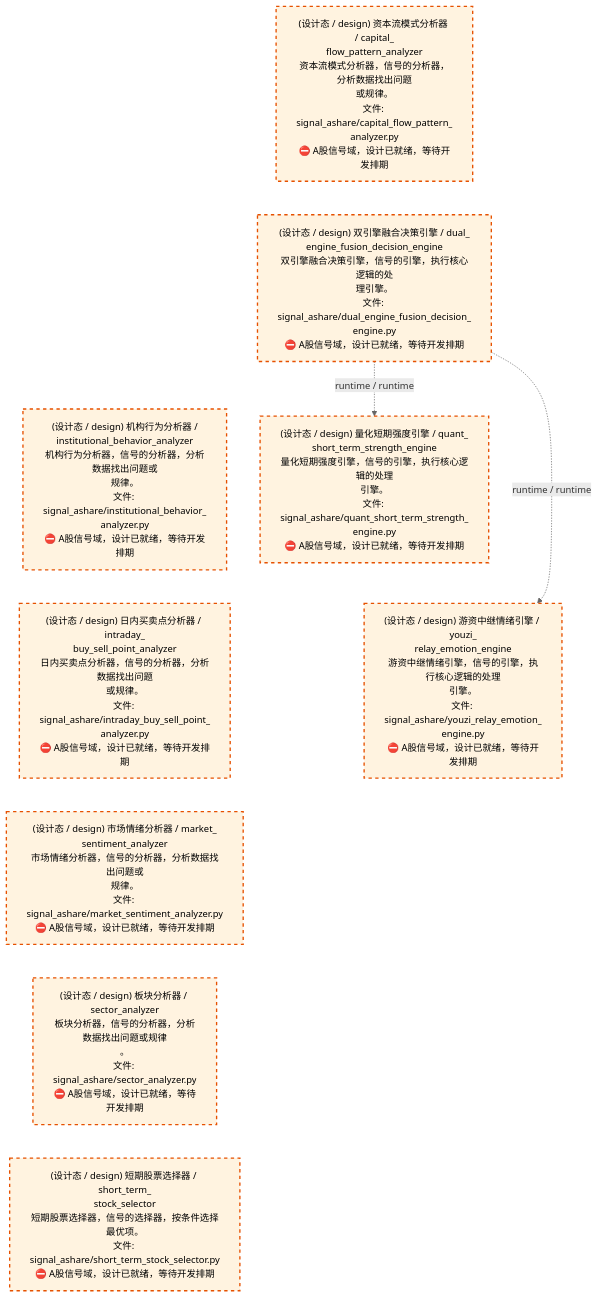
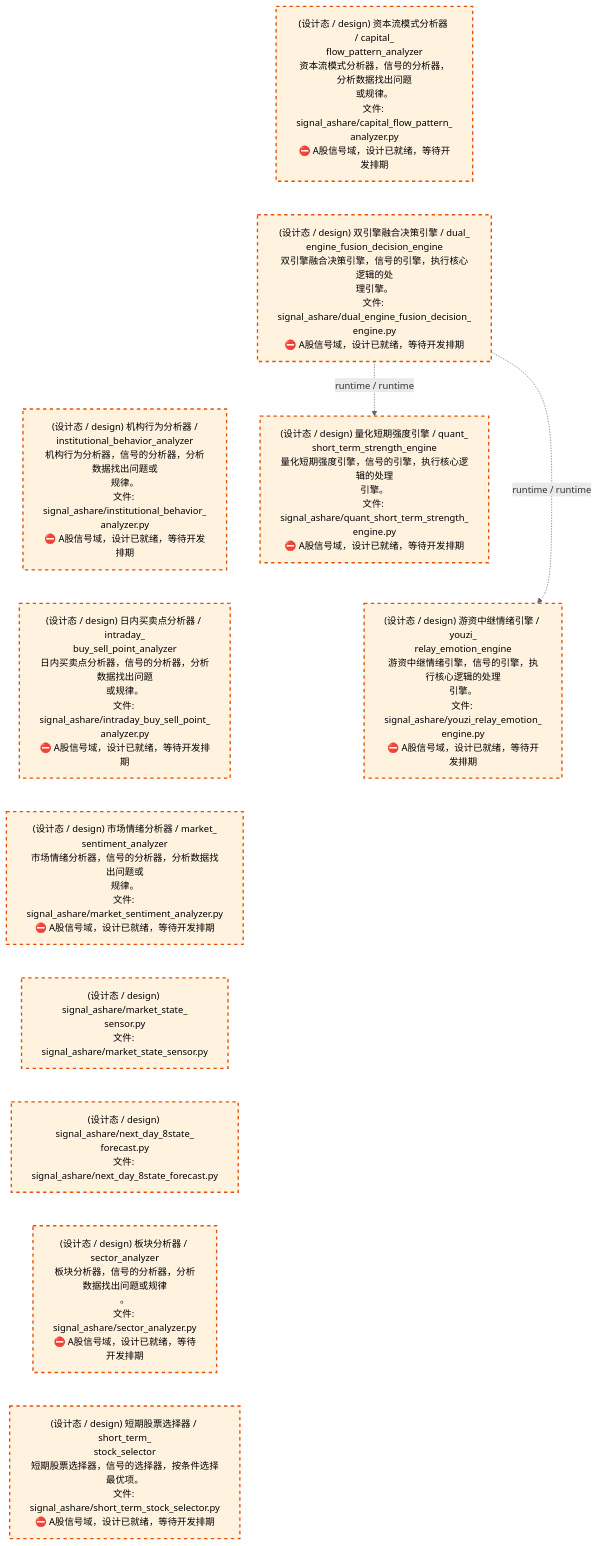
Before and after one commit to xuanFelixVan/ZephyrAlpha: the third of 4 diagrams in docs/02_enterprise_architecture/02_domain_architecture_docs/32_d_ashare_signal.md, drawn with Mermaid. The commit also changed other lines of this file and 8 other files, not shown here.

````diff
--- a/docs/02_enterprise_architecture/02_domain_architecture_docs/32_d_ashare_signal.md
+++ b/docs/02_enterprise_architecture/02_domain_architecture_docs/32_d_ashare_signal.md
@@ -130,27 +134,31 @@
 ```mermaid
 %%{init: {'theme': 'base', 'themeVariables': {'primaryColor': '#eaeaea', 'primaryTextColor': '#333333', 'primaryBorderColor': '#666666', 'lineColor': '#666666', 'secondaryColor': '#eaeaea', 'tertiaryColor': '#eaeaea', 'fontSize': '14px'}}}%%
 flowchart TD
     src_zephyr_signal_ashare_capital_flow_pattern_analyzer_py["(设计态 / design) 资本流模式分析器 / capital_<br/>flow_pattern_analyzer<br/>资本流模式分析器，信号的分析器，分析数据找出问题<br/>或规律。<br/>文件: signal_ashare/capital_flow_pattern_<br/>analyzer.py<br/>⛔ A股信号域，设计已就绪，等待开发排期"]
     src_zephyr_signal_ashare_dual_engine_fusion_decision_engine_py["(设计态 / design) 双引擎融合决策引擎 / dual_<br/>engine_fusion_decision_engine<br/>双引擎融合决策引擎，信号的引擎，执行核心逻辑的处<br/>理引擎。<br/>文件: signal_ashare/dual_engine_fusion_decision_<br/>engine.py<br/>⛔ A股信号域，设计已就绪，等待开发排期"]
     src_zephyr_signal_ashare_institutional_behavior_analyzer_py["(设计态 / design) 机构行为分析器 /<br/>institutional_behavior_analyzer<br/>机构行为分析器，信号的分析器，分析数据找出问题或<br/>规律。<br/>文件: signal_ashare/institutional_behavior_<br/>analyzer.py<br/>⛔ A股信号域，设计已就绪，等待开发排期"]
     src_zephyr_signal_ashare_intraday_buy_sell_point_analyzer_py["(设计态 / design) 日内买卖点分析器 / intraday_<br/>buy_sell_point_analyzer<br/>日内买卖点分析器，信号的分析器，分析数据找出问题<br/>或规律。<br/>文件: signal_ashare/intraday_buy_sell_point_<br/>analyzer.py<br/>⛔ A股信号域，设计已就绪，等待开发排期"]
     src_zephyr_signal_ashare_market_sentiment_analyzer_py["(设计态 / design) 市场情绪分析器 / market_<br/>sentiment_analyzer<br/>市场情绪分析器，信号的分析器，分析数据找出问题或<br/>规律。<br/>文件: signal_ashare/market_sentiment_analyzer.py<br/>⛔ A股信号域，设计已就绪，等待开发排期"]
+    src_zephyr_signal_ashare_market_state_sensor_py["(设计态 / design) signal_ashare/market_state_<br/>sensor.py<br/>文件: signal_ashare/market_state_sensor.py"]
+    src_zephyr_signal_ashare_next_day_8state_forecast_py["(设计态 / design) signal_ashare/next_day_8state_<br/>forecast.py<br/>文件: signal_ashare/next_day_8state_forecast.py"]
     src_zephyr_signal_ashare_sector_analyzer_py["(设计态 / design) 板块分析器 / sector_analyzer<br/>板块分析器，信号的分析器，分析数据找出问题或规律<br/>。<br/>文件: signal_ashare/sector_analyzer.py<br/>⛔ A股信号域，设计已就绪，等待开发排期"]
     src_zephyr_signal_ashare_short_term_stock_selector_py["(设计态 / design) 短期股票选择器 / short_term_<br/>stock_selector<br/>短期股票选择器，信号的选择器，按条件选择最优项。<br/>文件: signal_ashare/short_term_stock_selector.py<br/>⛔ A股信号域，设计已就绪，等待开发排期"]
     src_zephyr_signal_ashare_capital_flow_pattern_analyzer_py ~~~ src_zephyr_signal_ashare_dual_engine_fusion_decision_engine_py
     src_zephyr_signal_ashare_dual_engine_fusion_decision_engine_py ~~~ src_zephyr_signal_ashare_institutional_behavior_analyzer_py
     src_zephyr_signal_ashare_institutional_behavior_analyzer_py ~~~ src_zephyr_signal_ashare_intraday_buy_sell_point_analyzer_py
     src_zephyr_signal_ashare_intraday_buy_sell_point_analyzer_py ~~~ src_zephyr_signal_ashare_market_sentiment_analyzer_py
-    src_zephyr_signal_ashare_market_sentiment_analyzer_py ~~~ src_zephyr_signal_ashare_sector_analyzer_py
+    src_zephyr_signal_ashare_market_sentiment_analyzer_py ~~~ src_zephyr_signal_ashare_market_state_sensor_py
+    src_zephyr_signal_ashare_market_state_sensor_py ~~~ src_zephyr_signal_ashare_next_day_8state_forecast_py
+    src_zephyr_signal_ashare_next_day_8state_forecast_py ~~~ src_zephyr_signal_ashare_sector_analyzer_py
     src_zephyr_signal_ashare_sector_analyzer_py ~~~ src_zephyr_signal_ashare_short_term_stock_selector_py
     src_zephyr_signal_ashare_quant_short_term_strength_engine_py["(设计态 / design) 量化短期强度引擎 / quant_<br/>short_term_strength_engine<br/>量化短期强度引擎，信号的引擎，执行核心逻辑的处理<br/>引擎。<br/>文件: signal_ashare/quant_short_term_strength_<br/>engine.py<br/>⛔ A股信号域，设计已就绪，等待开发排期"]
     src_zephyr_signal_ashare_youzi_relay_emotion_engine_py["(设计态 / design) 游资中继情绪引擎 / youzi_<br/>relay_emotion_engine<br/>游资中继情绪引擎，信号的引擎，执行核心逻辑的处理<br/>引擎。<br/>文件: signal_ashare/youzi_relay_emotion_<br/>engine.py<br/>⛔ A股信号域，设计已就绪，等待开发排期"]
     src_zephyr_signal_ashare_quant_short_term_strength_engine_py ~~~ src_zephyr_signal_ashare_youzi_relay_emotion_engine_py
     src_zephyr_signal_ashare_dual_engine_fusion_decision_engine_py -.->|runtime / runtime| src_zephyr_signal_ashare_youzi_relay_emotion_engine_py
     src_zephyr_signal_ashare_dual_engine_fusion_decision_engine_py -.->|runtime / runtime| src_zephyr_signal_ashare_quant_short_term_strength_engine_py
     classDef production fill:#e1f5fe,stroke:#01579b,stroke-width:2px,color:#000
     classDef design fill:#fff3e0,stroke:#e65100,stroke-width:2px,color:#000,stroke-dasharray: 5 5
     classDef external_prod fill:#e8f4fd,stroke:#0277bd,stroke-width:1px,color:#000
     classDef external_design fill:#fff8e7,stroke:#ef6c00,stroke-width:1px,color:#000,stroke-dasharray: 5 5
-    class src_zephyr_signal_ashare_capital_flow_pattern_analyzer_py,src_zephyr_signal_ashare_dual_engine_fusion_decision_engine_py,src_zephyr_signal_ashare_institutional_behavior_analyzer_py,src_zephyr_signal_ashare_intraday_buy_sell_point_analyzer_py,src_zephyr_signal_ashare_market_sentiment_analyzer_py,src_zephyr_signal_ashare_quant_short_term_strength_engine_py,src_zephyr_signal_ashare_sector_analyzer_py,src_zephyr_signal_ashare_short_term_stock_selector_py,src_zephyr_signal_ashare_youzi_relay_emotion_engine_py design
+    class src_zephyr_signal_ashare_capital_flow_pattern_analyzer_py,src_zephyr_signal_ashare_dual_engine_fusion_decision_engine_py,src_zephyr_signal_ashare_institutional_behavior_analyzer_py,src_zephyr_signal_ashare_intraday_buy_sell_point_analyzer_py,src_zephyr_signal_ashare_market_sentiment_analyzer_py,src_zephyr_signal_ashare_market_state_sensor_py,src_zephyr_signal_ashare_next_day_8state_forecast_py,src_zephyr_signal_ashare_quant_short_term_strength_engine_py,src_zephyr_signal_ashare_sector_analyzer_py,src_zephyr_signal_ashare_short_term_stock_selector_py,src_zephyr_signal_ashare_youzi_relay_emotion_engine_py design
 ```
````
